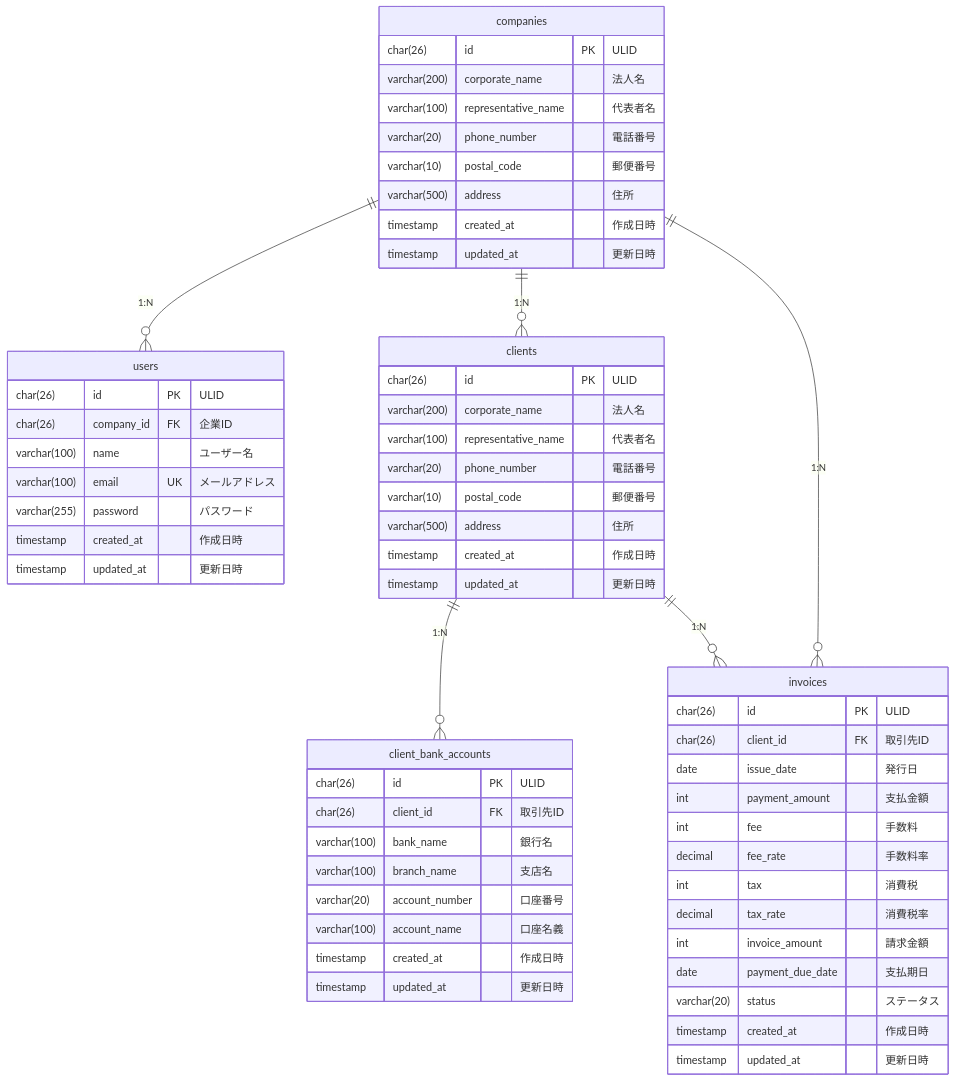
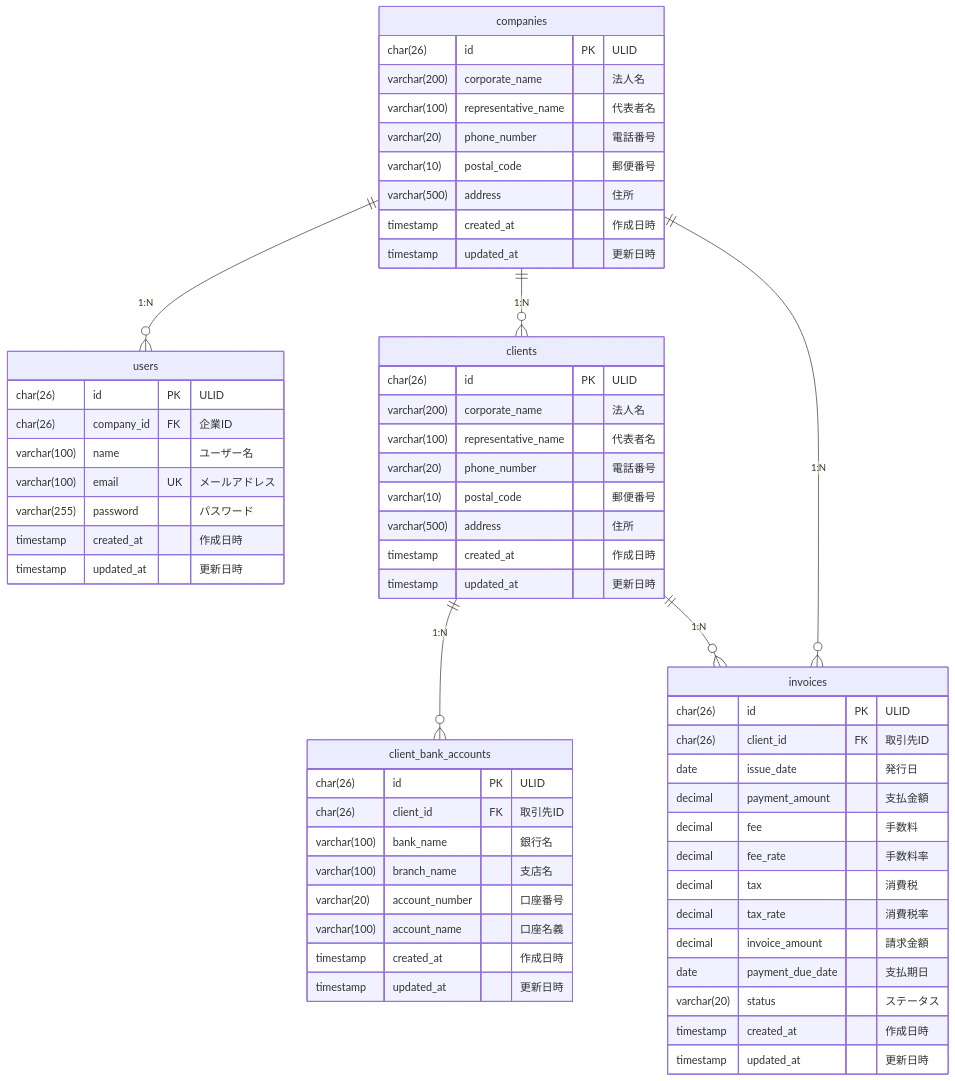
One commit to ijufumi/practice-202512 changed the diagram in README.md. Above: the diagram before and after it, drawn with Mermaid. The commit also changed other lines of this file and 13 other files, not shown here.

````diff
--- a/README.md
+++ b/README.md
@@ -364,67 +364,67 @@
 ```mermaid
 erDiagram
     companies ||--o{ users : "1:N"
     companies ||--o{ clients : "1:N"
     clients ||--o{ client_bank_accounts : "1:N"
     companies ||--o{ invoices : "1:N"
     clients ||--o{ invoices : "1:N"
 
     companies {
         char(26) id PK "ULID"
         varchar(200) corporate_name "法人名"
         varchar(100) representative_name "代表者名"
         varchar(20) phone_number "電話番号"
         varchar(10) postal_code "郵便番号"
         varchar(500) address "住所"
         timestamp created_at "作成日時"
         timestamp updated_at "更新日時"
     }
 
     users {
         char(26) id PK "ULID"
         char(26) company_id FK "企業ID"
         varchar(100) name "ユーザー名"
         varchar(100) email UK "メールアドレス"
         varchar(255) password "パスワード"
         timestamp created_at "作成日時"
         timestamp updated_at "更新日時"
     }
 
     clients {
         char(26) id PK "ULID"
         varchar(200) corporate_name "法人名"
         varchar(100) representative_name "代表者名"
         varchar(20) phone_number "電話番号"
         varchar(10) postal_code "郵便番号"
         varchar(500) address "住所"
         timestamp created_at "作成日時"
         timestamp updated_at "更新日時"
     }
 
     client_bank_accounts {
         char(26) id PK "ULID"
         char(26) client_id FK "取引先ID"
         varchar(100) bank_name "銀行名"
         varchar(100) branch_name "支店名"
         varchar(20) account_number "口座番号"
         varchar(100) account_name "口座名義"
         timestamp created_at "作成日時"
         timestamp updated_at "更新日時"
     }
 
     invoices {
         char(26) id PK "ULID"
         char(26) client_id FK "取引先ID"
         date issue_date "発行日"
-        int payment_amount "支払金額"
-        int fee "手数料"
+        decimal payment_amount "支払金額"
+        decimal fee "手数料"
         decimal fee_rate "手数料率"
-        int tax "消費税"
+        decimal tax "消費税"
         decimal tax_rate "消費税率"
-        int invoice_amount "請求金額"
+        decimal invoice_amount "請求金額"
         date payment_due_date "支払期日"
         varchar(20) status "ステータス"
         timestamp created_at "作成日時"
         timestamp updated_at "更新日時"
     }
 ```
````
